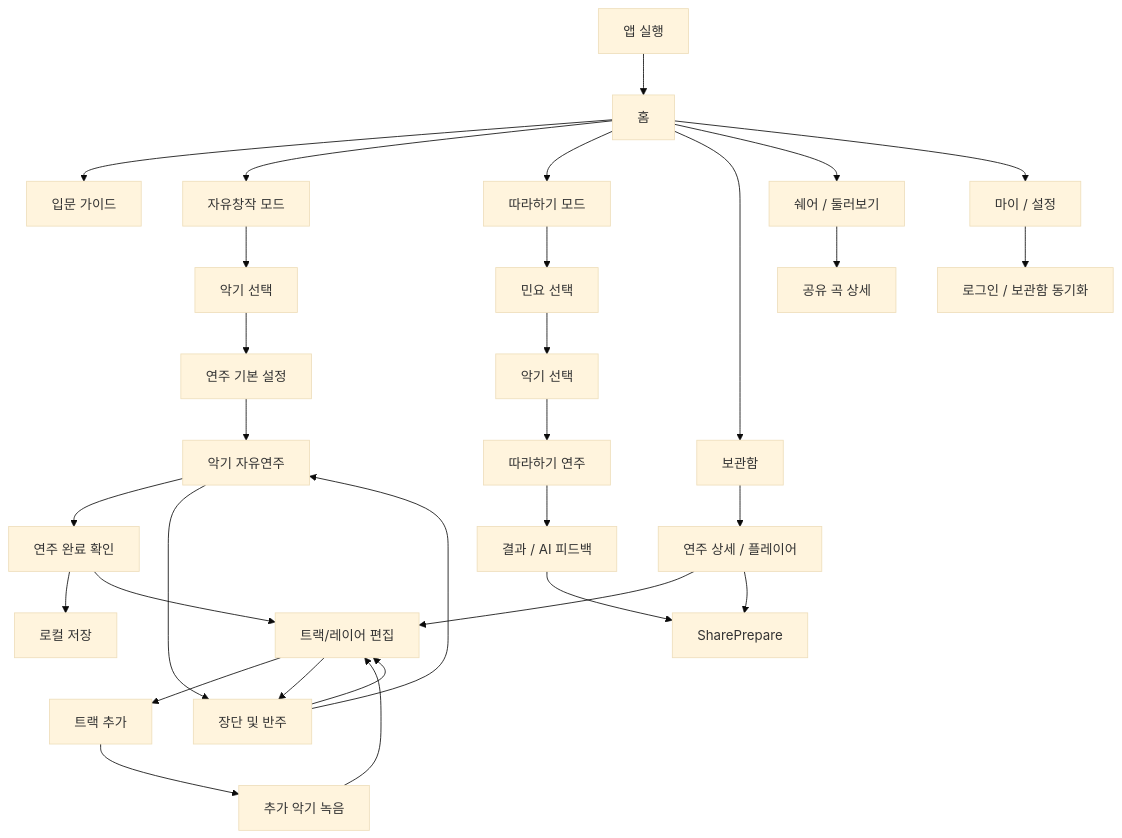
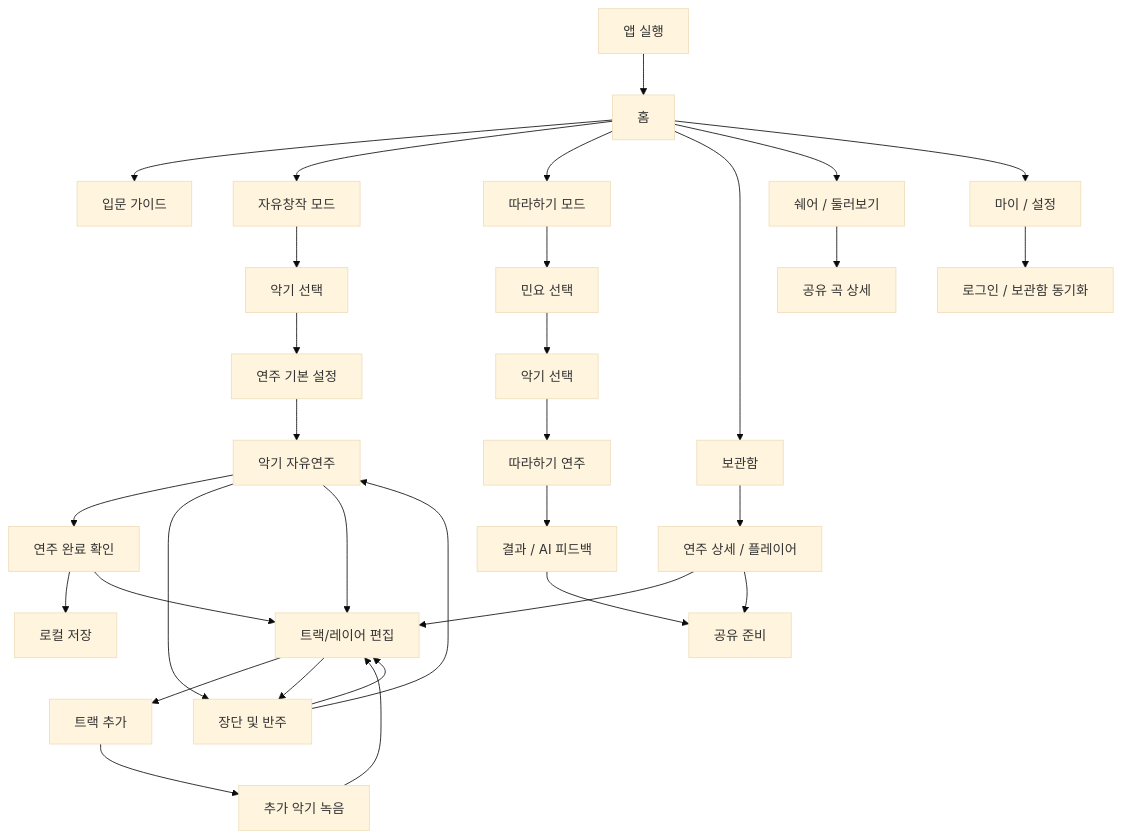
One commit to logan0741/GARAK-AI-Gugak-Studio changed the diagram in front/docs/product/screen-flow/current-screen-flow.md. Above: the diagram before and after it, drawn with Mermaid (base theme). The commit also changed other lines of this file and 1 other file, not shown here.

````diff
--- a/front/docs/product/screen-flow/current-screen-flow.md
+++ b/front/docs/product/screen-flow/current-screen-flow.md
@@ -97,40 +97,41 @@
 ```mermaid
 flowchart TD
     App["앱 실행"] --> Home["홈"]
 
     Home --> Guide["입문 가이드"]
     Home --> FreeMode["자유창작 모드"]
     Home --> PracticeEntry["따라하기 모드"]
     Home --> Library["보관함"]
     Home --> ShareFeed["쉐어 / 둘러보기"]
     Home --> Settings["마이 / 설정"]
 
     FreeMode --> InstrumentSettings["악기 선택"]
     InstrumentSettings --> PlayDefaults["연주 기본 설정"]
     PlayDefaults --> FreePlay["악기 자유연주"]
 
     FreePlay --> RecordDone["연주 완료 확인"]
     RecordDone --> SaveLocal["로컬 저장"]
     RecordDone --> LayerEdit["트랙/레이어 편집"]
     FreePlay --> JangdanPanel["장단 및 반주"]
     JangdanPanel --> FreePlay
+    FreePlay --> LayerEdit
 
     LayerEdit --> AddTrack["트랙 추가"]
     AddTrack --> ExtraInstrumentRecord["추가 악기 녹음"]
     ExtraInstrumentRecord --> LayerEdit
     LayerEdit --> JangdanPanel
     JangdanPanel --> LayerEdit
 
     PracticeEntry --> SongSelect["민요 선택"]
     SongSelect --> PracticeInstrument["악기 선택"]
     PracticeInstrument --> PracticePlay["따라하기 연주"]
     PracticePlay --> PracticeResult["결과 / AI 피드백"]
-    PracticeResult --> SharePrepare
+    PracticeResult --> SharePrepare["공유 준비"]
 
     Library --> RecordingDetail["연주 상세 / 플레이어"]
     RecordingDetail --> LayerEdit
     RecordingDetail --> SharePrepare
 
     ShareFeed --> SharedDetail["공유 곡 상세"]
     Settings --> LoginSync["로그인 / 보관함 동기화"]
 ```
````
